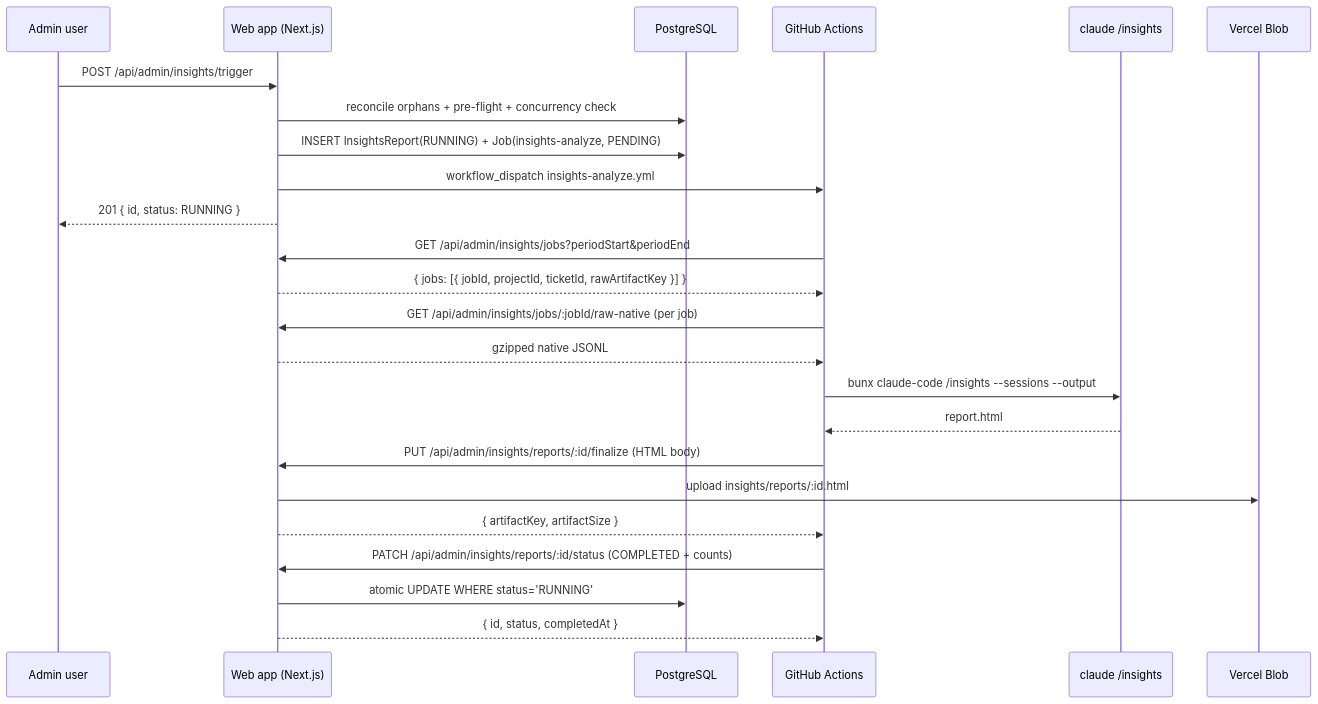
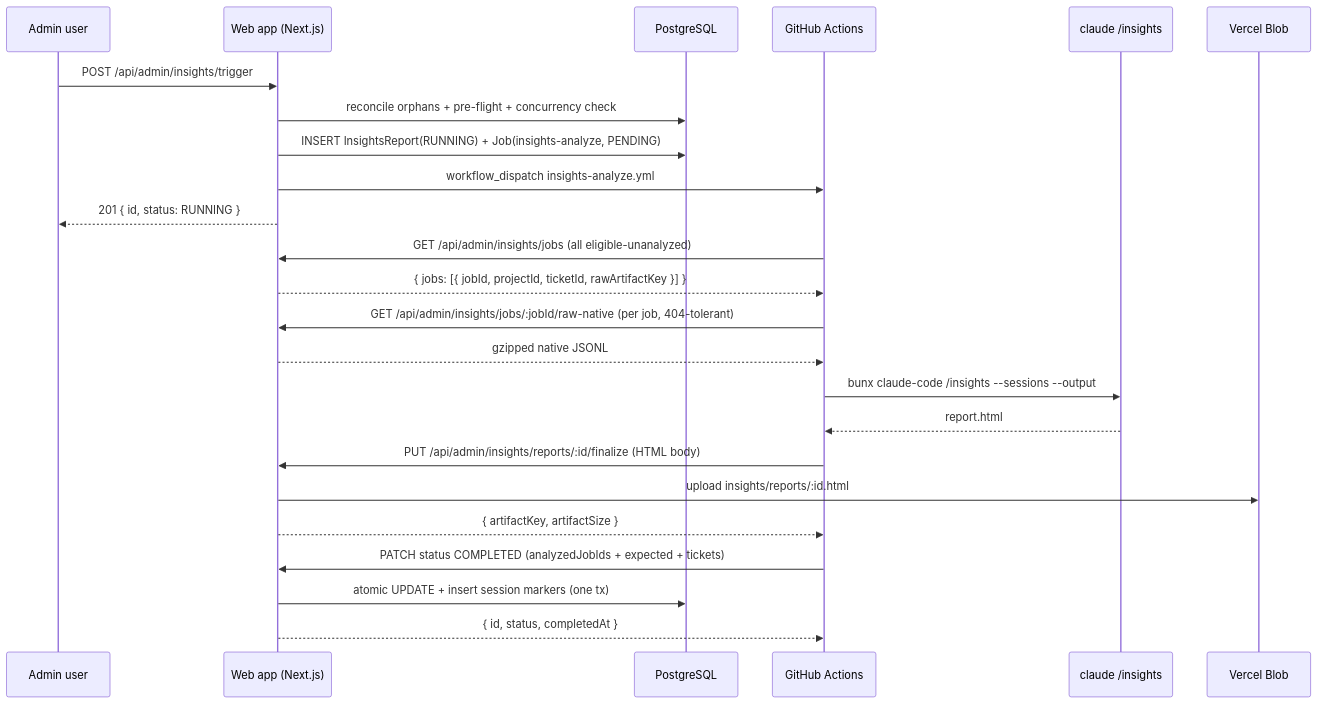
One commit to bfernandez31/ai-board changed the diagram in specs/specifications/technical/api/endpoints/admin-insights.md. Above: the diagram before and after it, drawn with Mermaid. The commit also changed other lines of this file and 2 other files, not shown here.

````diff
--- a/specs/specifications/technical/api/endpoints/admin-insights.md
+++ b/specs/specifications/technical/api/endpoints/admin-insights.md
@@ -360,28 +375,28 @@
 ```mermaid
 sequenceDiagram
     participant Admin as Admin user
     participant Web as Web app (Next.js)
     participant DB as PostgreSQL
     participant GH as GitHub Actions
     participant Claude as claude /insights
     participant Blob as Vercel Blob
 
     Admin->>Web: POST /api/admin/insights/trigger
     Web->>DB: reconcile orphans + pre-flight + concurrency check
     Web->>DB: INSERT InsightsReport(RUNNING) + Job(insights-analyze, PENDING)
     Web->>GH: workflow_dispatch insights-analyze.yml
     Web-->>Admin: 201 { id, status: RUNNING }
 
-    GH->>Web: GET /api/admin/insights/jobs?periodStart&periodEnd
+    GH->>Web: GET /api/admin/insights/jobs (all eligible-unanalyzed)
     Web-->>GH: { jobs: [{ jobId, projectId, ticketId, rawArtifactKey }] }
-    GH->>Web: GET /api/admin/insights/jobs/:jobId/raw-native (per job)
+    GH->>Web: GET /api/admin/insights/jobs/:jobId/raw-native (per job, 404-tolerant)
     Web-->>GH: gzipped native JSONL
     GH->>Claude: bunx claude-code /insights --sessions --output
     Claude-->>GH: report.html
     GH->>Web: PUT /api/admin/insights/reports/:id/finalize (HTML body)
     Web->>Blob: upload insights/reports/:id.html
     Web-->>GH: { artifactKey, artifactSize }
-    GH->>Web: PATCH /api/admin/insights/reports/:id/status (COMPLETED + counts)
-    Web->>DB: atomic UPDATE WHERE status='RUNNING'
+    GH->>Web: PATCH status COMPLETED (analyzedJobIds + expected + tickets)
+    Web->>DB: atomic UPDATE + insert session markers (one tx)
     Web-->>GH: { id, status, completedAt }
 ```
````
